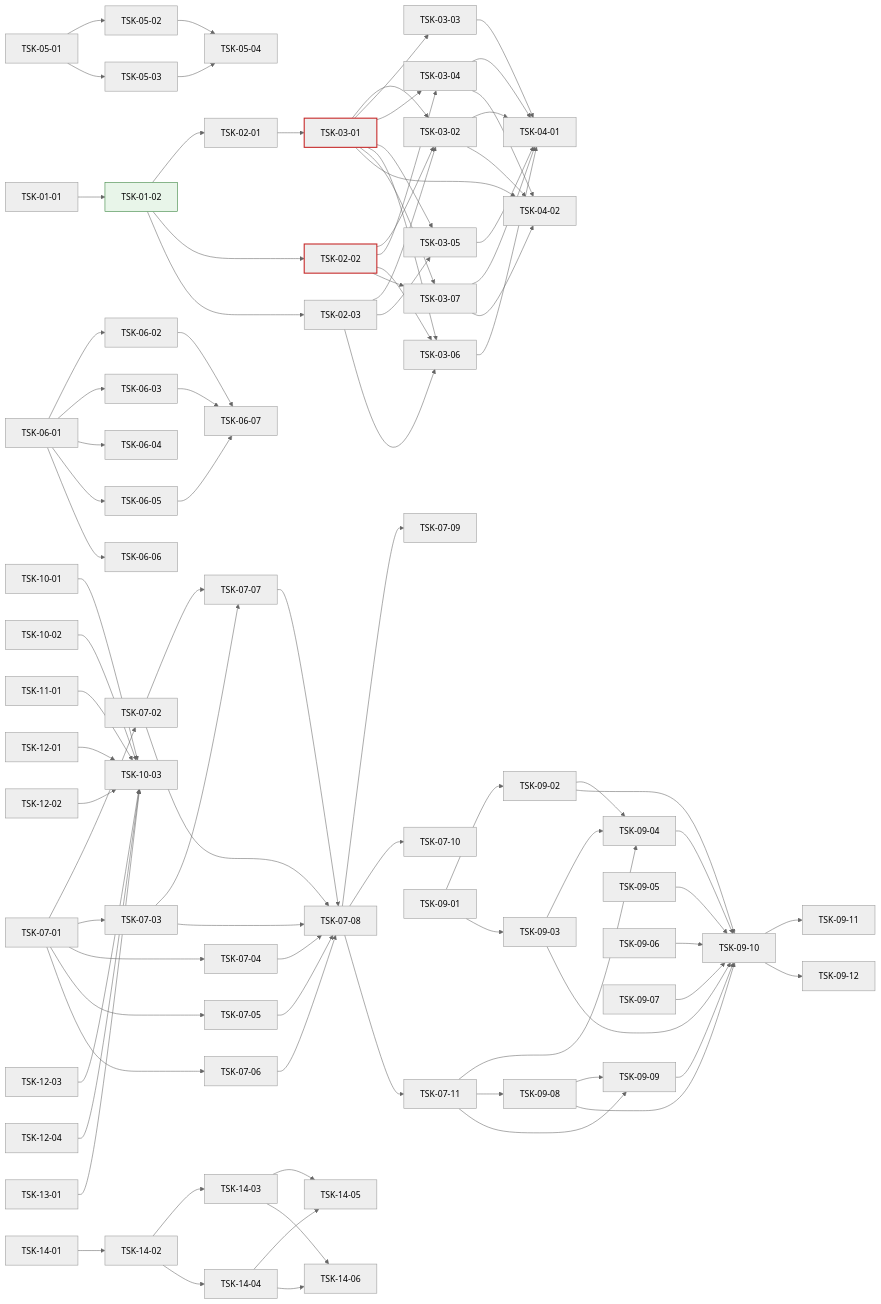
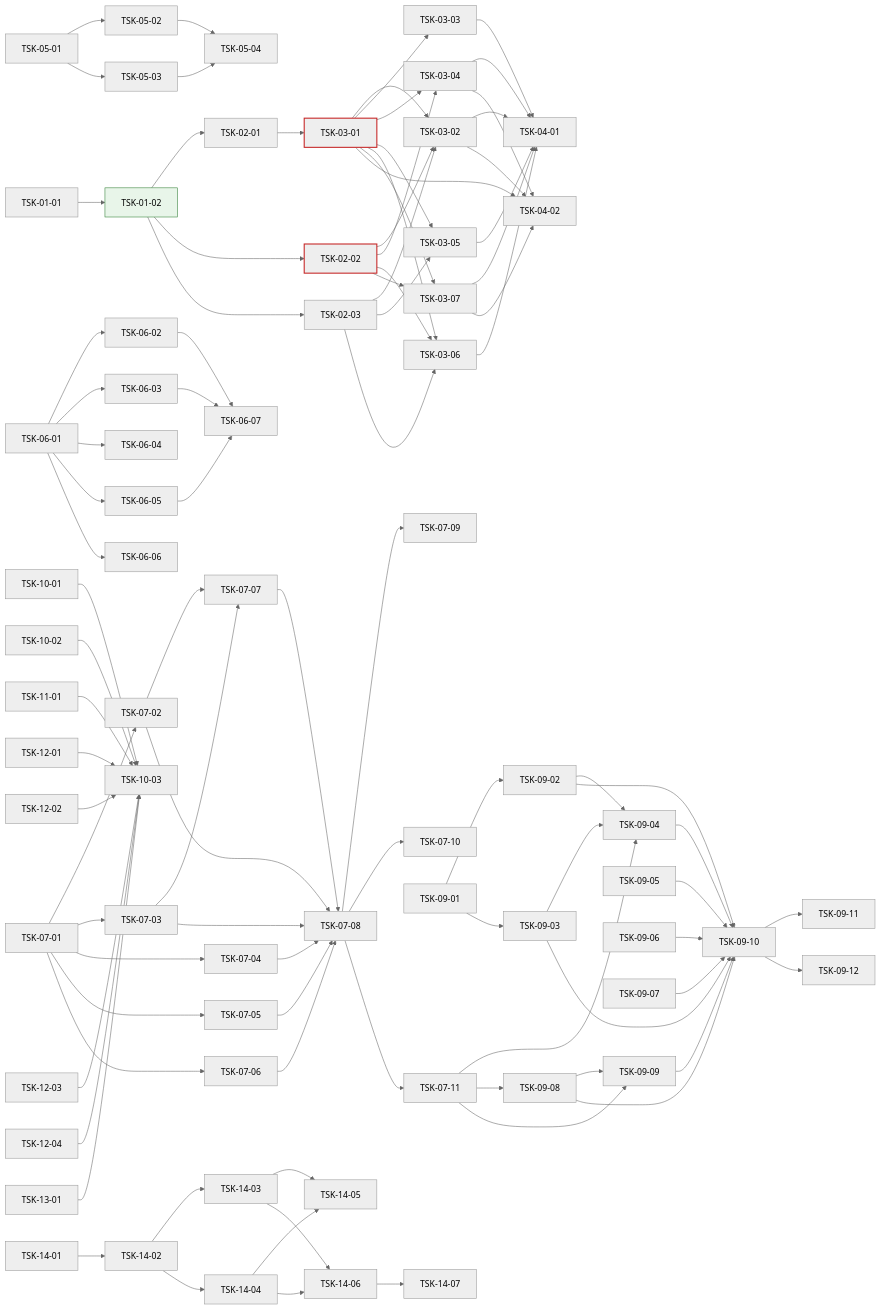
Before and after one commit to jongik-sv/oranda: the diagram in docs/oranda1/wbs.md, drawn with Mermaid (neutral theme). The commit also changed other lines of this file and 11 other files, not shown here.

```diff
--- a/docs/oranda1/wbs.md
+++ b/docs/oranda1/wbs.md
@@ -1069,6 +1081,7 @@
   TSK-14-04 --> TSK-14-05
   TSK-14-03 --> TSK-14-06
   TSK-14-04 --> TSK-14-06
+  TSK-14-06 --> TSK-14-07
   style TSK-01-02 fill:#e8f5e9,stroke:#2e7d32
   style TSK-03-01 stroke:#c62828,stroke-width:2px
   style TSK-02-02 stroke:#c62828,stroke-width:2px
```
